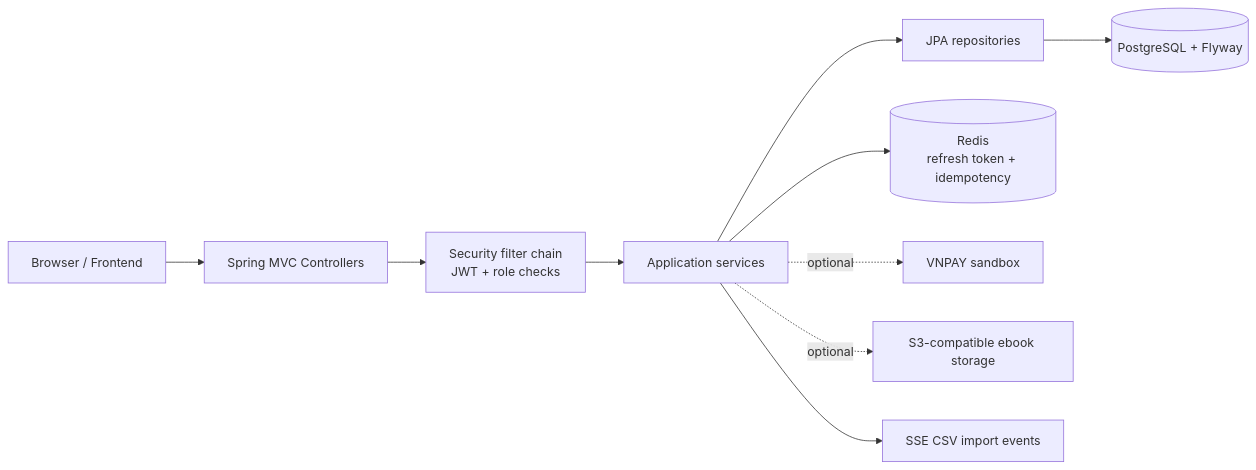
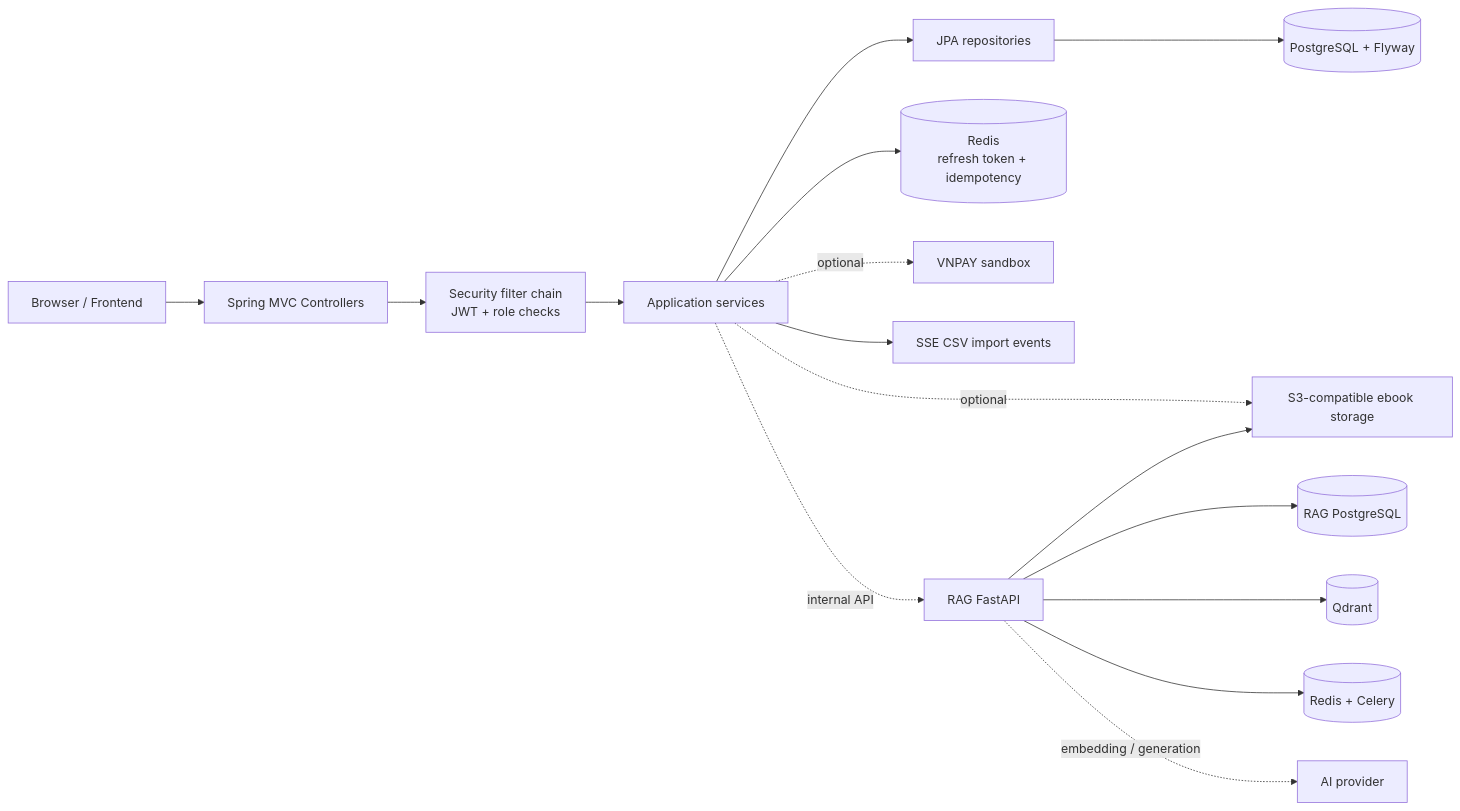
Before and after one commit to phandinhphuc1234/SE330_BE: the first of 6 diagrams in docs/architecture-overview.md, drawn with Mermaid. The commit also changed other lines of this file and 209 other files, not shown here.

````diff
--- a/docs/architecture-overview.md
+++ b/docs/architecture-overview.md
@@ -5,12 +10,18 @@
 ```mermaid
 flowchart LR
     Client[Browser / Frontend] --> API[Spring MVC Controllers]
     API --> Security[Security filter chain\nJWT + role checks]
     Security --> Service[Application services]
     Service --> JPA[JPA repositories]
     JPA --> PG[(PostgreSQL + Flyway)]
     Service --> Redis[(Redis\nrefresh token + idempotency)]
     Service -. optional .-> VNPAY[VNPAY sandbox]
     Service -. optional .-> Storage[S3-compatible ebook storage]
     Service --> SSE[SSE CSV import events]
+    Service -. internal API .-> RAG[RAG FastAPI]
+    RAG --> RAGDB[(RAG PostgreSQL)]
+    RAG --> Qdrant[(Qdrant)]
+    RAG --> RedisRAG[(Redis + Celery)]
+    RAG --> Storage
+    RAG -. embedding / generation .-> AI[AI provider]
 ```
````
